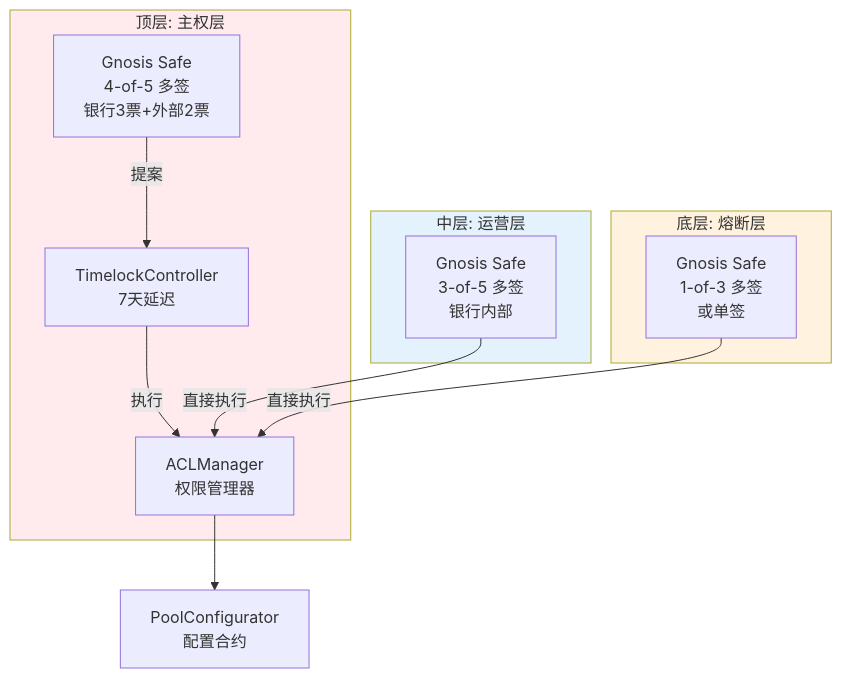
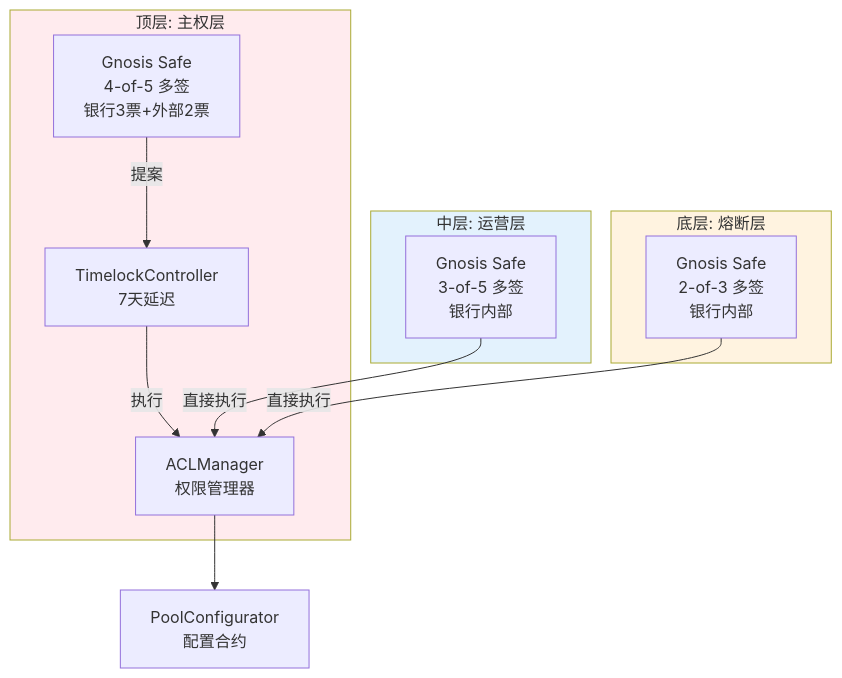
One commit to albert-4ai/aave-v3-origin changed the diagram in .cursor/plans/三层权限架构实现方案_f59ab154.plan.md. Above: the diagram before and after it, drawn with Mermaid. The commit also changed other lines of this file, not shown here.

````diff
--- a/.cursor/plans/三层权限架构实现方案_f59ab154.plan.md
+++ b/.cursor/plans/三层权限架构实现方案_f59ab154.plan.md
@@ -60,28 +60,28 @@
 ```mermaid
 flowchart TB
     subgraph topLayer [顶层: 主权层]
         TopMultisig[Gnosis Safe<br/>4-of-5 多签<br/>银行3票+外部2票]
         Timelock[TimelockController<br/>7天延迟]
         TopMultisig -->|提案| Timelock
         Timelock -->|执行| ACLManager
     end
     
     subgraph midLayer [中层: 运营层]
         MidMultisig[Gnosis Safe<br/>3-of-5 多签<br/>银行内部]
         MidMultisig -->|直接执行| ACLManager
     end
     
     subgraph bottomLayer [底层: 熔断层]
-        BottomMultisig[Gnosis Safe<br/>1-of-3 多签<br/>或单签]
+        BottomMultisig[Gnosis Safe<br/>2-of-3 多签<br/>银行内部]
         BottomMultisig -->|直接执行| ACLManager
     end
     
     ACLManager[ACLManager<br/>权限管理器]
     PoolConfigurator[PoolConfigurator<br/>配置合约]
     
     ACLManager --> PoolConfigurator
     
     style topLayer fill:#ffebee
     style midLayer fill:#e3f2fd
     style bottomLayer fill:#fff3e0
 ```
````
